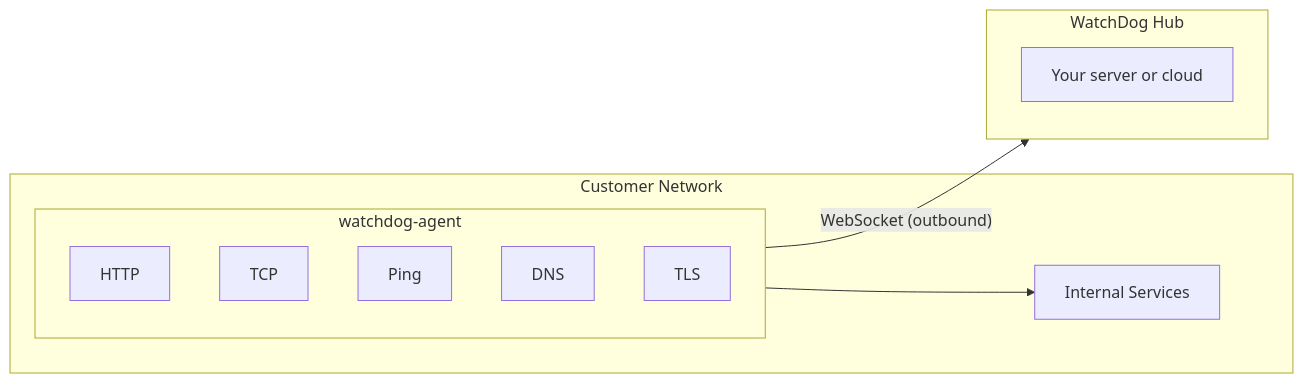
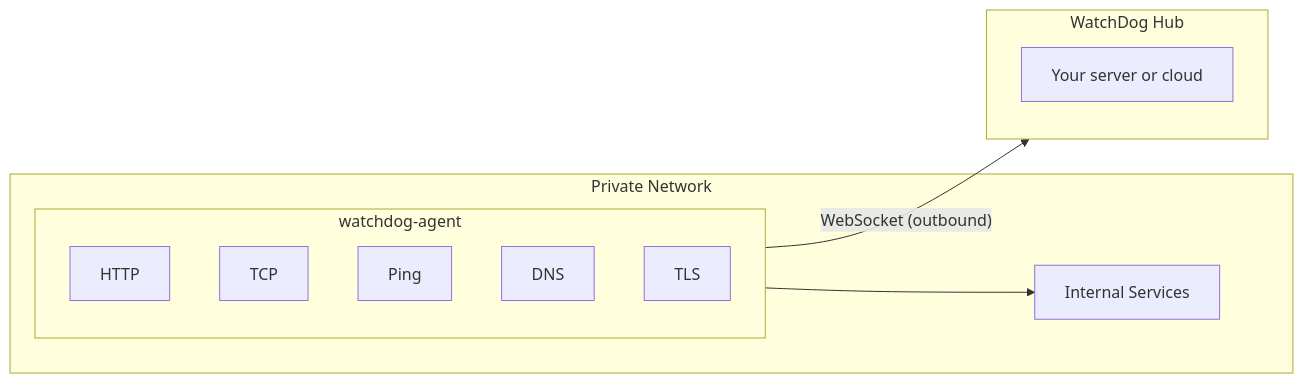
The diagram in README.md (sylvester-francis/watchdog-agent), drawn with Mermaid before and after one commit. The commit also changed 1 other file, not shown here.

Commit message:
Replace 'Customer Network' with 'Private Network' in docs
Align diagram language with open-source project terminology.

````diff
--- a/README.md
+++ b/README.md
@@ -39,20 +39,20 @@
 ```mermaid
 graph LR
-    subgraph net["Customer Network"]
+    subgraph net["Private Network"]
         subgraph agent["watchdog-agent"]
             HTTP
             TCP
             Ping
             DNS
             TLS
         end
         Services["Internal Services"]
         agent --> Services
     end
 
     subgraph hub["WatchDog Hub"]
         Server["Your server or cloud"]
     end
 
     agent -- "WebSocket (outbound)" --> hub
 ```
````
